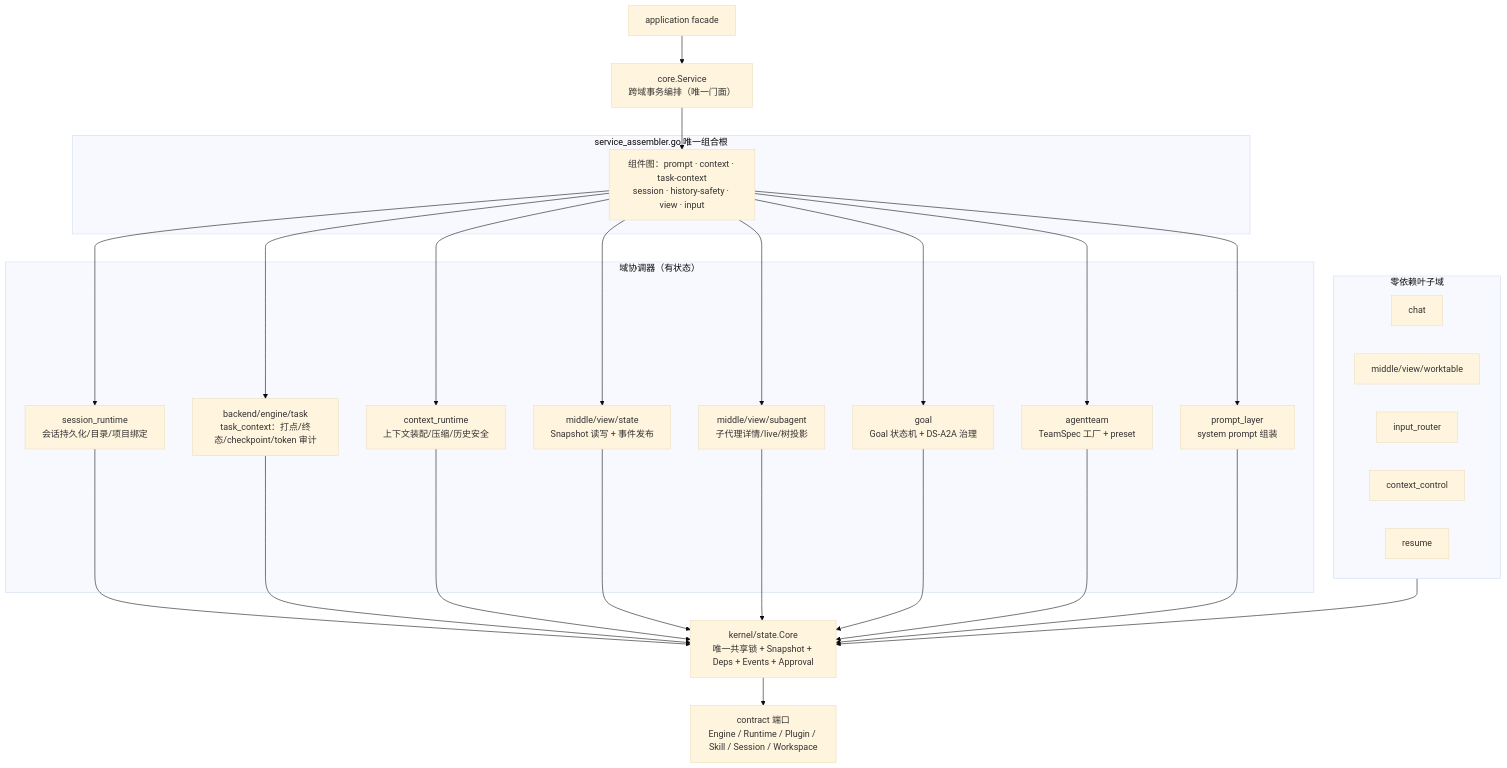
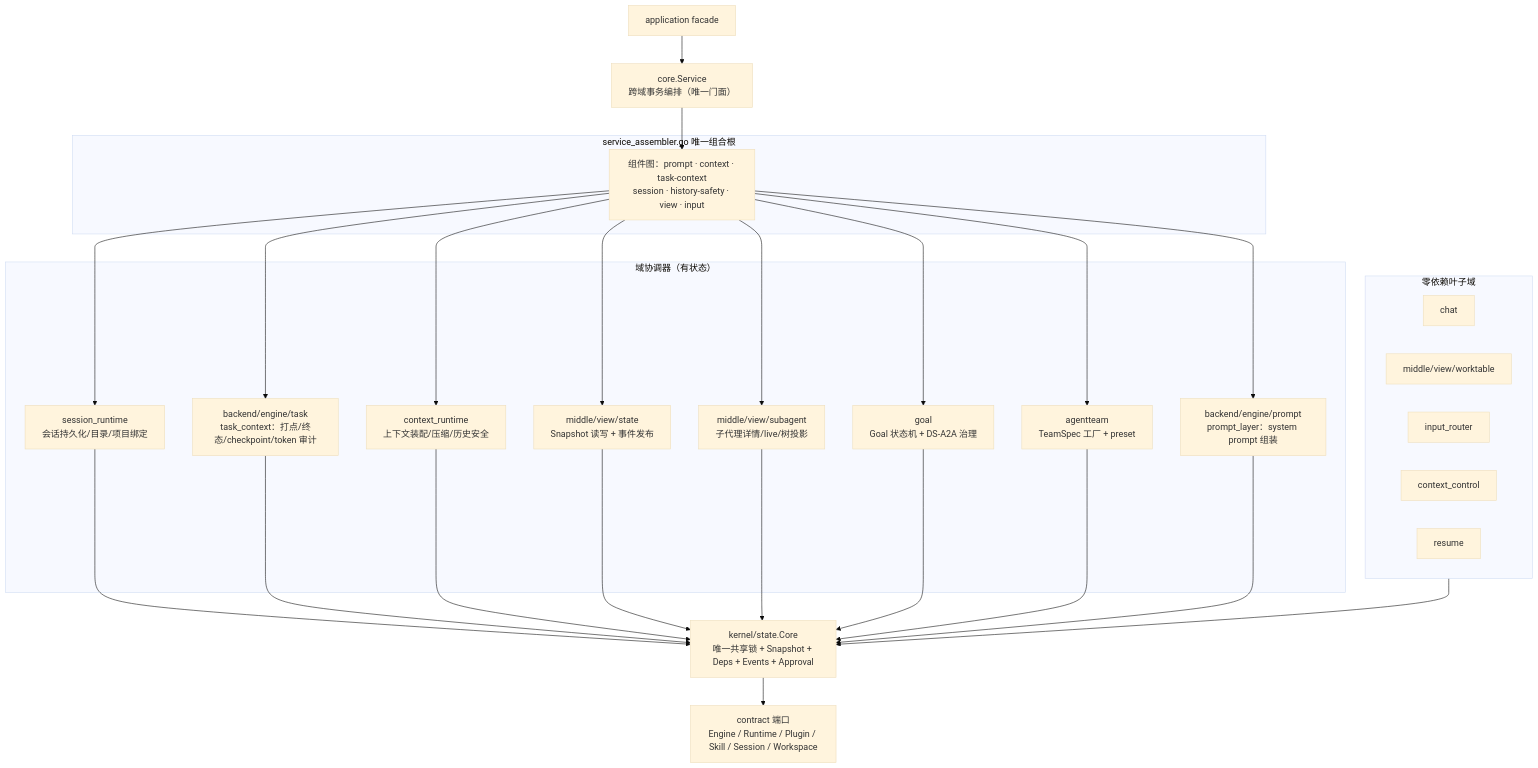
The first of 4 diagrams in application/core/README.md (RedHuang-0622/seelex), drawn with Mermaid (base theme) before and after one commit. The commit also changed other lines of this file and 12 other files, not shown here.

First line of the commit message:
refactor(arch): M5-R7b prompt_layer 整包归位 backend/engine/prompt（plan §2.5）

````diff
--- a/application/core/README.md
+++ b/application/core/README.md
@@ -42,51 +41,51 @@
 ```mermaid
 flowchart TB
     FACADE["application facade"] --> SVC["core.Service<br/>跨域事务编排（唯一门面）"]
 
     subgraph ASSEMBLER["service_assembler.go 唯一组合根"]
         COMP["组件图：prompt · context · task-context<br/>session · history-safety · view · input"]
     end
 
     SVC --> COMP
 
     subgraph DOMAIN["域协调器（有状态）"]
         SR["session_runtime<br/>会话持久化/目录/项目绑定"]
         TC["backend/engine/task<br/>task_context：打点/终态/checkpoint/token 审计"]
         CR["context_runtime<br/>上下文装配/压缩/历史安全"]
         VS["middle/view/state<br/>Snapshot 读写 + 事件发布"]
         SV["middle/view/subagent<br/>子代理详情/live/树投影"]
         GOAL["goal<br/>Goal 状态机 + DS-A2A 治理"]
         TEAM["agentteam<br/>TeamSpec 工厂 + preset"]
-        PL["prompt_layer<br/>system prompt 组装"]
+        PL["backend/engine/prompt<br/>prompt_layer：system prompt 组装"]
     end
 
     subgraph LEAF["零依赖叶子域"]
         CHAT["chat"]
         WT["middle/view/worktable"]
         IR["input_router"]
         CC["context_control"]
         RES["resume"]
     end
 
     ST["kernel/state.Core<br/>唯一共享锁 + Snapshot + Deps + Events + Approval"]
     PORTS["contract 端口<br/>Engine / Runtime / Plugin / Skill / Session / Workspace"]
 
     COMP --> SR
     COMP --> TC
     COMP --> CR
     COMP --> VS
     COMP --> SV
     COMP --> GOAL
     COMP --> TEAM
     COMP --> PL
     SR --> ST
     TC --> ST
     CR --> ST
     VS --> ST
     SV --> ST
     GOAL --> ST
     TEAM --> ST
     PL --> ST
     LEAF --> ST
     ST --> PORTS
 ```
````
